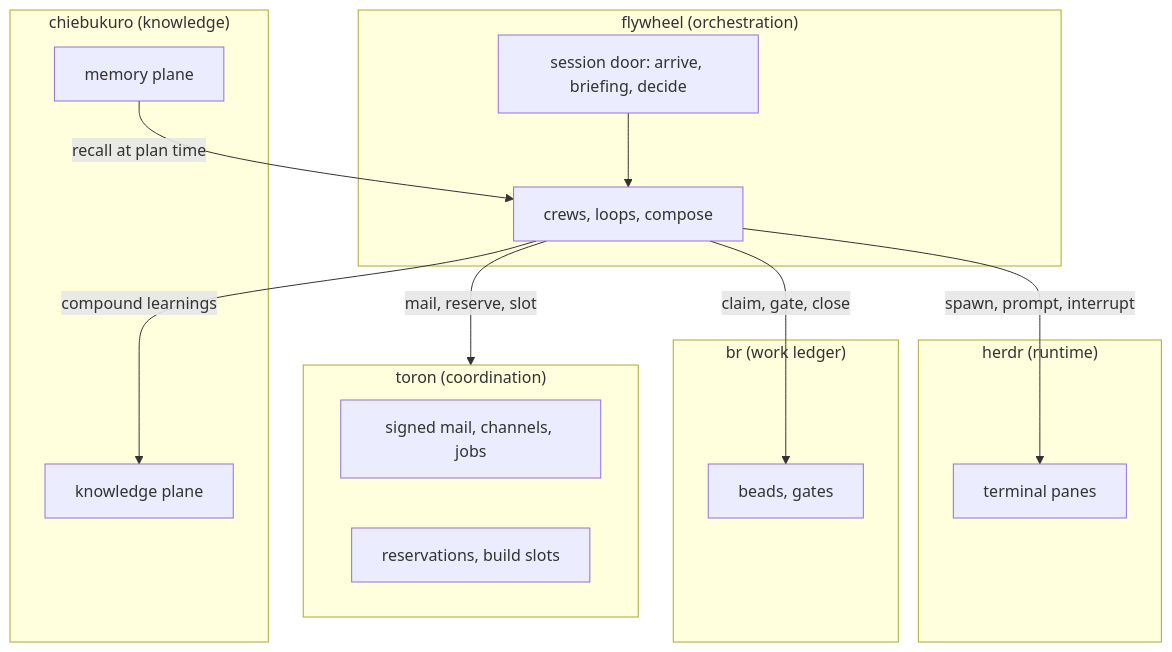
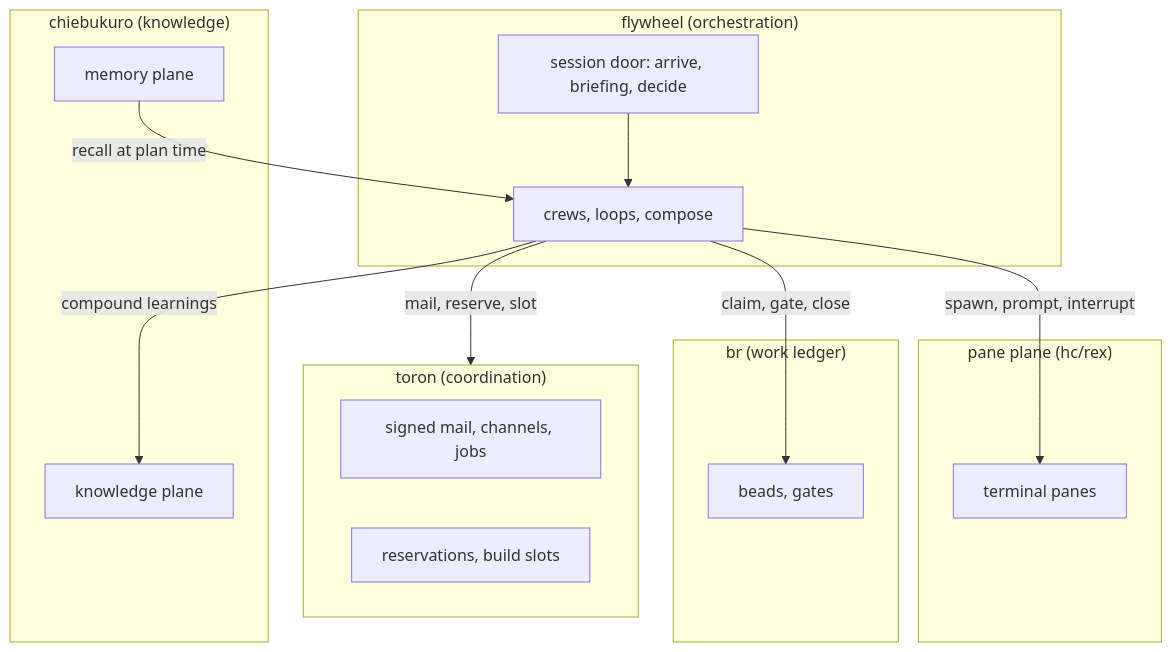
One commit to bangedorrunt/flywheel changed the diagram in docs/guides/stack.mdx. Above: the diagram before and after it, drawn with Mermaid. The commit also changed other lines of this file and 17 other files, not shown here.

````diff
--- a/docs/guides/stack.mdx
+++ b/docs/guides/stack.mdx
@@ -19,27 +19,27 @@
 ```mermaid
 flowchart TB
-    subgraph H["herdr (runtime)"]
+    subgraph H["pane plane (hc/rex)"]
         P["terminal panes"]
     end
     subgraph F["flywheel (orchestration)"]
         D["session door: arrive, briefing, decide"]
         C["crews, loops, compose"]
     end
     subgraph T["toron (coordination)"]
         M["signed mail, channels, jobs"]
         R["reservations, build slots"]
     end
     subgraph B["br (work ledger)"]
         BD["beads, gates"]
     end
     subgraph K["chiebukuro (knowledge)"]
         W["knowledge plane"]
         E["memory plane"]
     end
     D --> C
     C -->|"spawn, prompt, interrupt"| P
     C -->|"claim, gate, close"| BD
     C -->|"mail, reserve, slot"| T
     C -->|"compound learnings"| W
     E -->|"recall at plan time"| C
 ```
````
